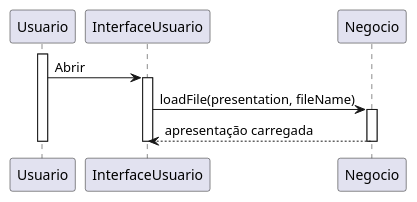
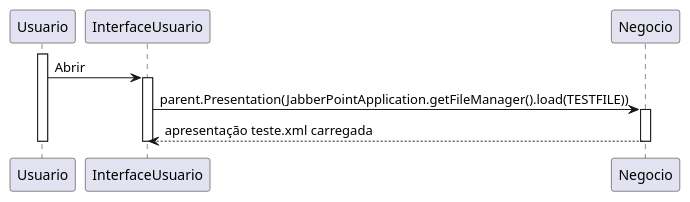
The diagram in jabberPoint/diagramaSequencia/abrirApresentacao.puml (kvojps/estudo-uml), drawn with PlantUML before and after one commit. The commit also changed 5 other files, not shown here.

Commit message:
Refatorando diagramas de sequência

```diff
--- a/jabberPoint/diagramaSequencia/abrirApresentacao.puml
+++ b/jabberPoint/diagramaSequencia/abrirApresentacao.puml
@@ -1,13 +1,13 @@
 @startuml funcionalidades do menu
 
 activate Usuario
 Usuario -> InterfaceUsuario : Abrir
 activate InterfaceUsuario
-InterfaceUsuario -> Negocio : loadFile(presentation, fileName)
+InterfaceUsuario -> Negocio : parent.Presentation(JabberPointApplication.getFileManager().load(TESTFILE))
 activate Negocio
-Negocio --> InterfaceUsuario : apresentação carregada
+Negocio --> InterfaceUsuario : apresentação teste.xml carregada
 deactivate Negocio
 deactivate InterfaceUsuario
 deactivate Usuario
 
 @enduml
```
